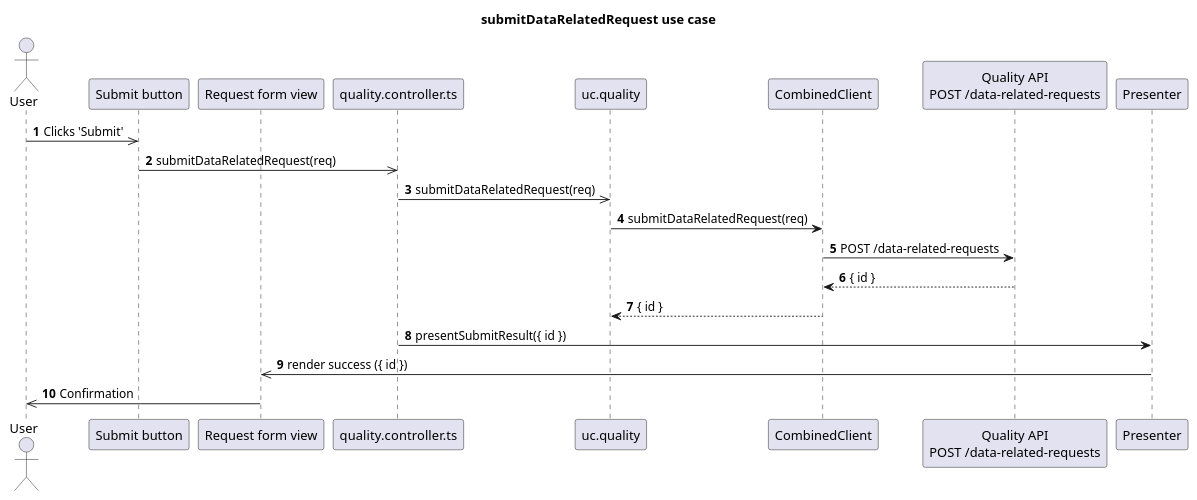
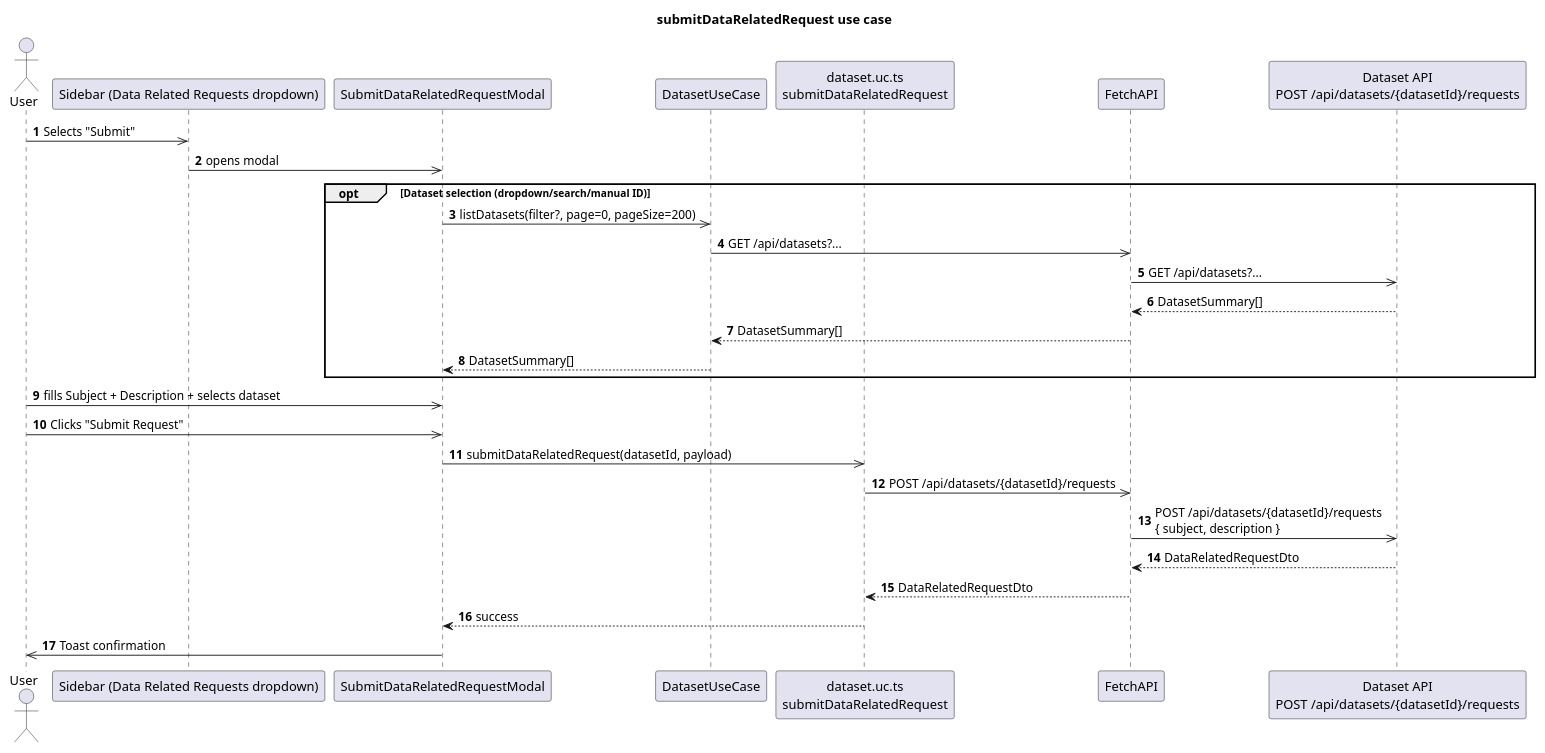
The diagram in diagrams/sequence/submitDataRelatedRequest.puml (POP2025-EEPW/doorce-frontend), drawn with PlantUML before and after one commit. The commit also changed 5 other files, not shown here.

Commit message:
feat: dataRelatedRequests refactor

```diff
--- a/diagrams/sequence/submitDataRelatedRequest.puml
+++ b/diagrams/sequence/submitDataRelatedRequest.puml
@@ -1,24 +1,34 @@
 @startuml
 title submitDataRelatedRequest use case
 autonumber
 
 actor User
-participant "Submit button" as Button
-participant "Request form view" as View
-participant "quality.controller.ts" as Controller
-participant "uc.quality" as UseCase
-participant "CombinedClient" as Client
-participant "Quality API\nPOST /data-related-requests" as Http
-participant "Presenter" as Presenter
+participant "Sidebar (Data Related Requests dropdown)" as Sidebar
+participant "SubmitDataRelatedRequestModal" as View
+participant "DatasetUseCase" as DatasetUC
+participant "dataset.uc.ts\nsubmitDataRelatedRequest" as ApiFn
+participant "FetchAPI" as Fetch
+participant "Dataset API\nPOST /api/datasets/{datasetId}/requests" as Http
 
-User ->> Button : Clicks 'Submit'
-Button ->> Controller : submitDataRelatedRequest(req)
-Controller ->> UseCase : submitDataRelatedRequest(req)
-UseCase -> Client : submitDataRelatedRequest(req)
-Client -> Http : POST /data-related-requests
-Http --> Client : { id }
-Client --> UseCase : { id }
-Controller -> Presenter : presentSubmitResult({ id })
-Presenter ->> View : render success ({ id })
-View ->> User : Confirmation
+User ->> Sidebar : Selects "Submit"
+Sidebar ->> View : opens modal
+
+opt Dataset selection (dropdown/search/manual ID)
+	View ->> DatasetUC : listDatasets(filter?, page=0, pageSize=200)
+	DatasetUC ->> Fetch : GET /api/datasets?... 
+	Fetch ->> Http : GET /api/datasets?... 
+	Http --> Fetch : DatasetSummary[]
+	Fetch --> DatasetUC : DatasetSummary[]
+	DatasetUC --> View : DatasetSummary[]
+end
+
+User ->> View : fills Subject + Description + selects dataset
+User ->> View : Clicks "Submit Request"
+View ->> ApiFn : submitDataRelatedRequest(datasetId, payload)
+ApiFn ->> Fetch : POST /api/datasets/{datasetId}/requests
+Fetch ->> Http : POST /api/datasets/{datasetId}/requests\n{ subject, description }
+Http --> Fetch : DataRelatedRequestDto
+Fetch --> ApiFn : DataRelatedRequestDto
+ApiFn --> View : success
+View ->> User : Toast confirmation
 @enduml
```
